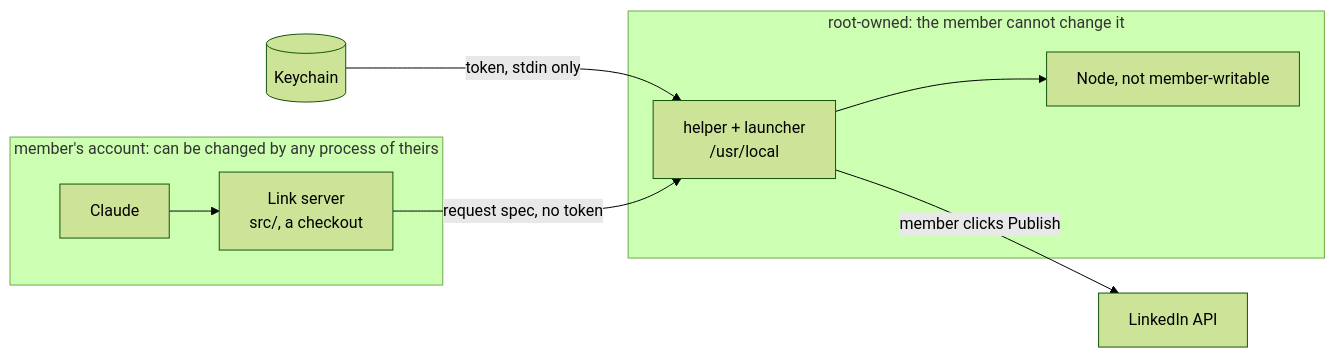
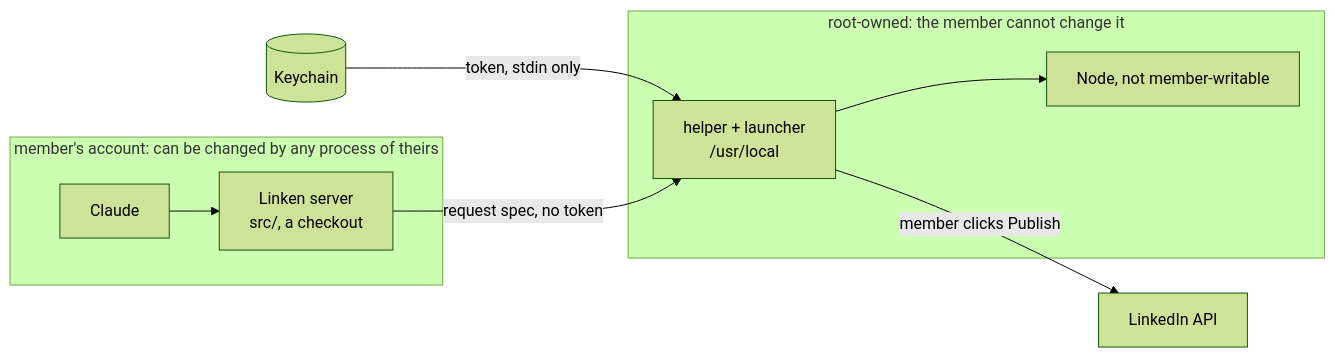
Before and after one commit to Colorado-Startups/link: the diagram in THREAT-MODEL.md, drawn with Mermaid (forest theme). The commit also changed other lines of this file and 11 other files, not shown here.

````diff
--- a/THREAT-MODEL.md
+++ b/THREAT-MODEL.md
@@ -5,12 +5,12 @@
 ```mermaid
 flowchart LR
   subgraph U[member's account: can be changed by any process of theirs]
-    C[Claude] --> S[Link server<br/>src/, a checkout]
+    C[Claude] --> S[Linken server<br/>src/, a checkout]
   end
   subgraph R[root-owned: the member cannot change it]
     H[helper + launcher<br/>/usr/local] --> N[Node, not member-writable]
   end
   K[(Keychain)] -->|token, stdin only| H
   S -->|request spec, no token| H
   H -->|member clicks Publish| L[LinkedIn API]
 ```
````
